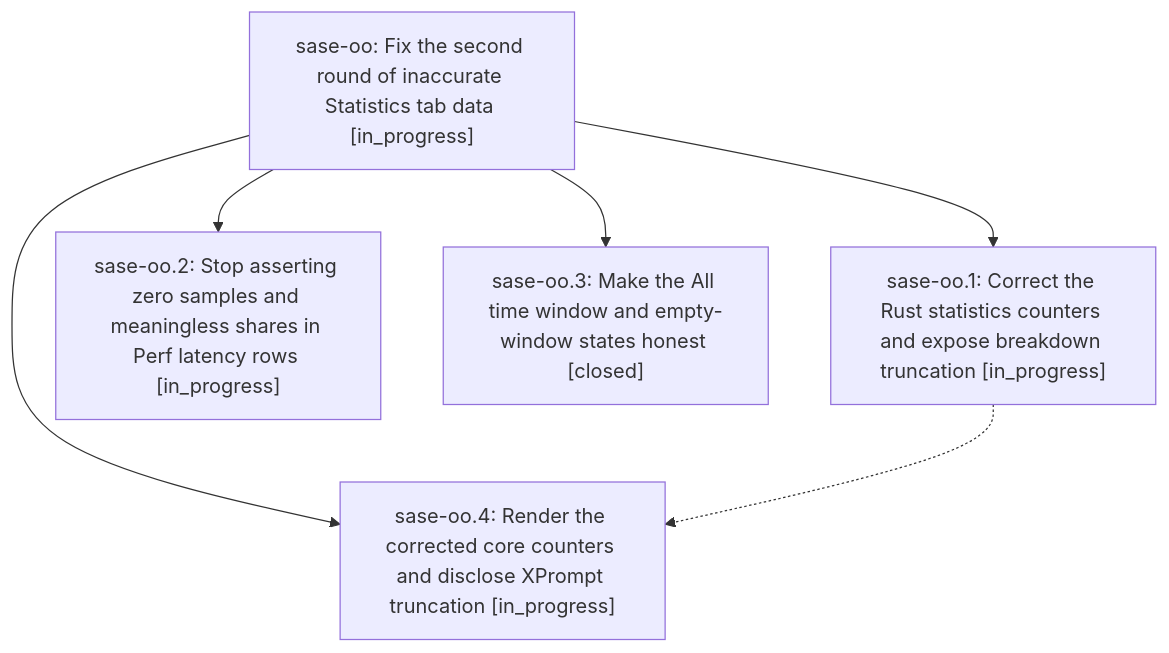
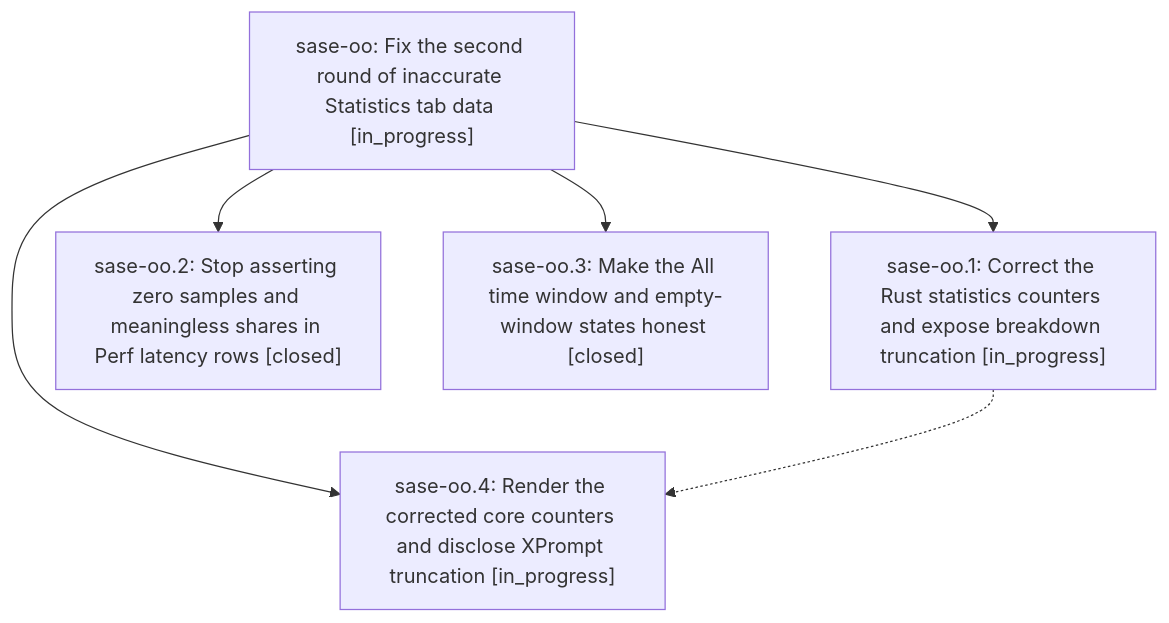
The diagram in pages/sase-oo/README.md (sase-org/sase--beads), drawn with Mermaid before and after one commit. The commit also changed other lines of this file and 2 other files, not shown here.

First line of the commit message:
chore(beads): sync bead state and pages for sase-oo

````diff
--- a/pages/sase-oo/README.md
+++ b/pages/sase-oo/README.md
@@ -25,13 +25,13 @@
 ```mermaid
 flowchart TD
     n0["sase-oo: Fix the second round of inaccurate Statistics tab data [in_progress]"]
     n1["sase-oo.1: Correct the Rust statistics counters and expose breakdown truncation [in_progress]"]
-    n2["sase-oo.2: Stop asserting zero samples and meaningless shares in Perf latency rows [in_progress]"]
+    n2["sase-oo.2: Stop asserting zero samples and meaningless shares in Perf latency rows [closed]"]
     n3["sase-oo.3: Make the All time window and empty-window states honest [closed]"]
     n4["sase-oo.4: Render the corrected core counters and disclose XPrompt truncation [in_progress]"]
     n0 --> n1
     n0 --> n2
     n0 --> n3
     n0 --> n4
     n1 -.-> n4
 ```
````
